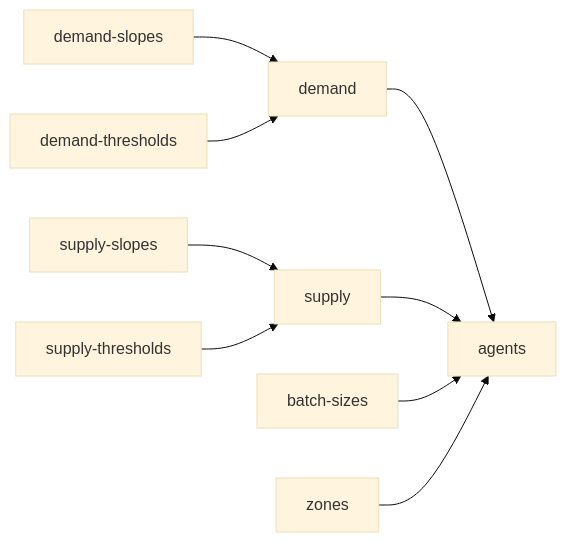
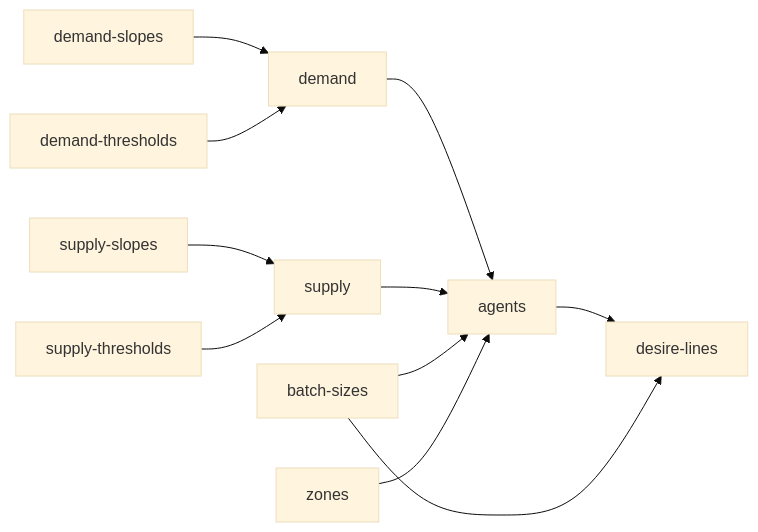
The diagram in README.md (hcubasd/urban-dollop), drawn with Mermaid (base theme) before and after one commit. The commit also changed 4 other files, not shown here.

First line of the commit message:
add synth/desire_lines module

````diff
--- a/README.md
+++ b/README.md
@@ -3,11 +3,13 @@
 ```mermaid
 flowchart LR
     demand_slopes[demand-slopes] --> demand[demand]
     demand_thresholds[demand-thresholds] --> demand
     supply_slopes[supply-slopes] --> supply[supply]
     supply_thresholds[supply-thresholds] --> supply
     demand --> agents[agents]
     supply --> agents
     batch_sizes[batch-sizes] --> agents
     zones[zones] --> agents[agents]
+    agents --> desire_lines[desire-lines]
+    batch_sizes --> desire_lines
 ```
````
